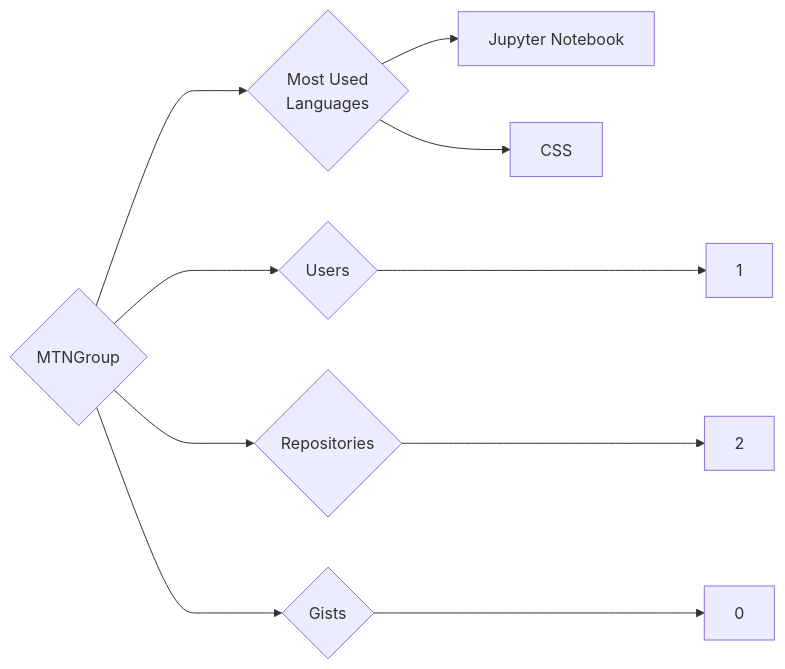
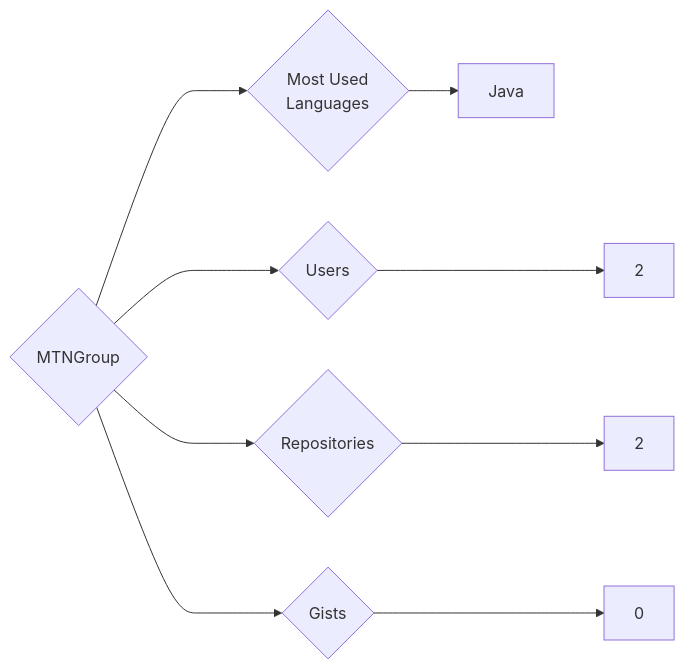
Before and after one commit to trickest/insiders: the diagram in targets/MTNGroup/README.md, drawn with Mermaid. The commit also changed 1484 other files, not shown here.

````diff
--- a/targets/MTNGroup/README.md
+++ b/targets/MTNGroup/README.md
@@ -3,10 +3,9 @@
 ```mermaid
 graph LR
 COMPANY_NAME{MTNGroup}
-COMPANY_NAME ---> U{Users} ---> UN[1]
+COMPANY_NAME ---> U{Users} ---> UN[2]
 COMPANY_NAME ---> R{Repositories} ---> RN[2]
 COMPANY_NAME ---> G{Gists} ---> GN[0]
 COMPANY_NAME ---> ML{Most Used<br>Languages}
-ML --> Jupyter_Notebook[Jupyter Notebook]
-ML --> CSS[CSS]
+ML --> Java[Java]
 ```
````
